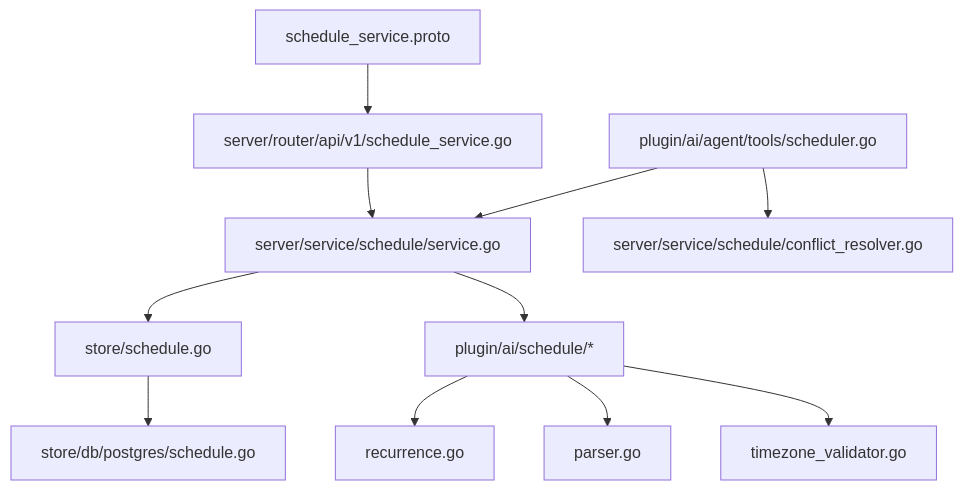
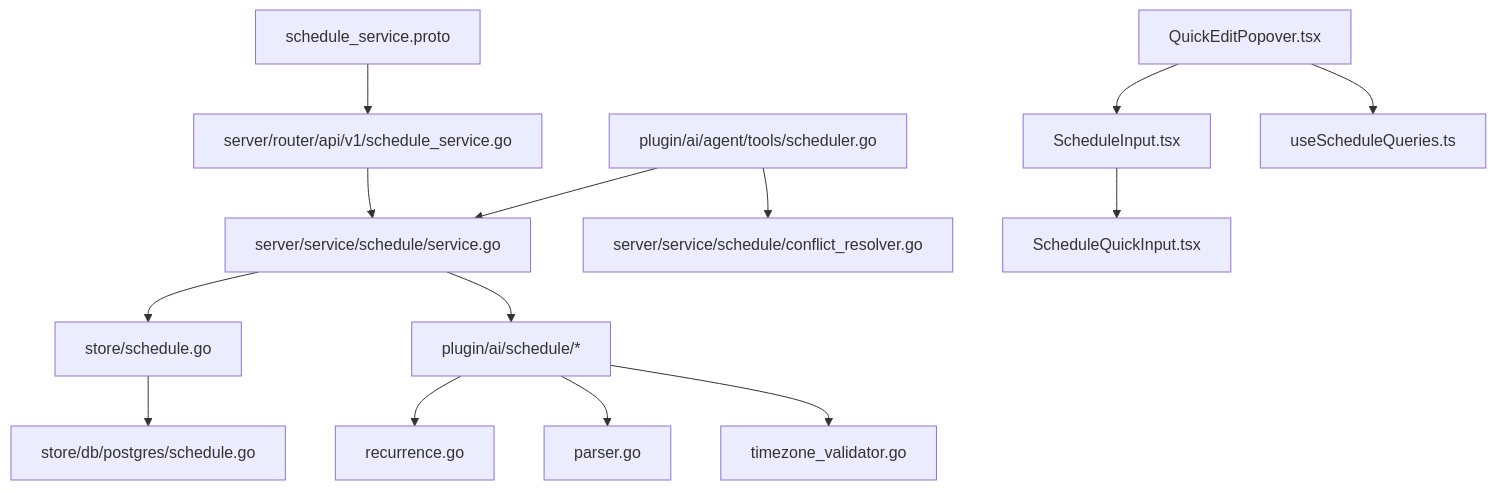
Before and after one commit to hrygo/memos: the tenth of 10 diagrams in .qoder/repowiki/zh/content/日程管理系统/日程管理系统.md, drawn with Mermaid. The commit also changed other lines of this file and 29 other files, not shown here.

````diff
--- a/.qoder/repowiki/zh/content/日程管理系统/日程管理系统.md
+++ b/.qoder/repowiki/zh/content/日程管理系统/日程管理系统.md
@@ -382,13 +507,16 @@
 ```mermaid
 graph TB
 P["schedule_service.proto"] --> R["server/router/api/v1/schedule_service.go"]
 R --> SVC["server/service/schedule/service.go"]
 SVC --> ST["store/schedule.go"]
 ST --> PG["store/db/postgres/schedule.go"]
 SVC --> AI["plugin/ai/schedule/*"]
 AI --> REC["recurrence.go"]
 AI --> PAR["parser.go"]
 AI --> TZ["timezone_validator.go"]
 T["plugin/ai/agent/tools/scheduler.go"] --> SVC
 T --> CR["server/service/schedule/conflict_resolver.go"]
+F1["QuickEditPopover.tsx"] --> F2["ScheduleInput.tsx"]
+F2 --> F3["ScheduleQuickInput.tsx"]
+F1 --> UQ["useScheduleQueries.ts"]
 ```
````
